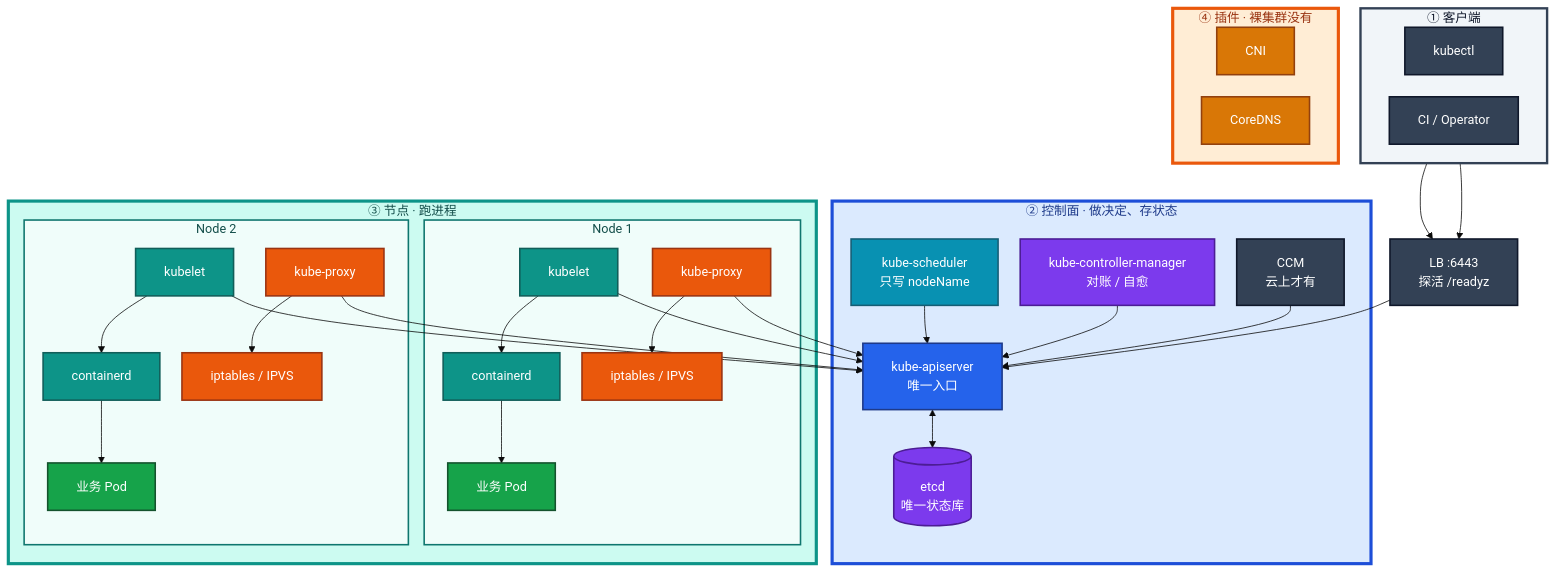
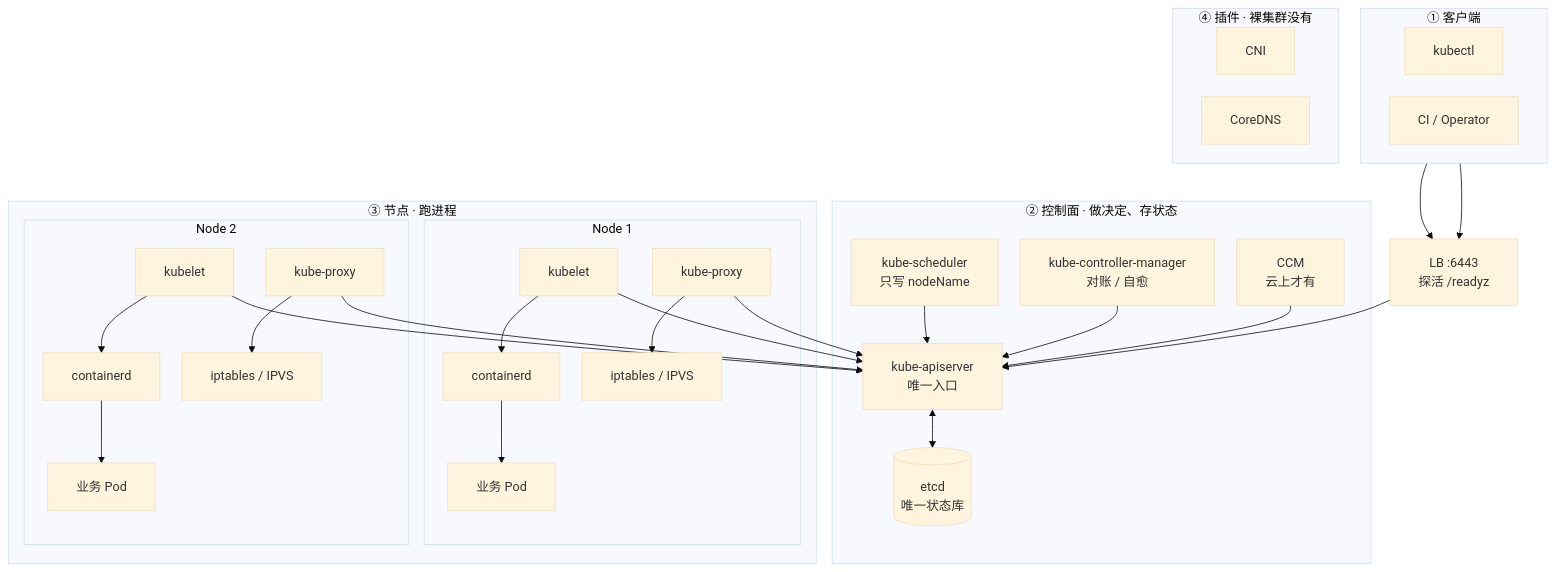
Before and after one commit to ml-cuizijun/LearnToLilith: the second of 7 diagrams in 04-Kubernetes/01-集群架构/知识点.md, drawn with Mermaid. The commit also changed other lines of this file and 107 other files, not shown here.

````diff
--- a/04-Kubernetes/01-集群架构/知识点.md
+++ b/04-Kubernetes/01-集群架构/知识点.md
@@ -93,75 +95,48 @@
 ```mermaid
 %%{init: {"flowchart": {"padding": 18, "nodeSpacing": 28, "rankSpacing": 48}, "theme": "base"}}%%
 flowchart TB
     subgraph clients ["① 客户端"]
         direction LR
         kubectl[kubectl]
         ci[CI / Operator]
     end
 
     lb["LB :6443<br/>探活 /readyz"]
 
     subgraph cp ["② 控制面 · 做决定、存状态"]
         sch["kube-scheduler<br/>只写 nodeName"]
         api["kube-apiserver<br/>唯一入口"]
         cm["kube-controller-manager<br/>对账 / 自愈"]
         etcd[("etcd<br/>唯一状态库")]
         ccm["CCM<br/>云上才有"]
         sch --> api
         cm --> api
         ccm --> api
         api <--> etcd
     end
 
     subgraph nodes ["③ 节点 · 跑进程"]
         subgraph n1 ["Node 1"]
             kl1[kubelet] --> cri1[containerd] --> pod1[业务 Pod]
             kp1[kube-proxy] --> fw1[iptables / IPVS]
         end
         subgraph n2 ["Node 2"]
             kl2[kubelet] --> cri2[containerd] --> pod2[业务 Pod]
             kp2[kube-proxy] --> fw2[iptables / IPVS]
         end
     end
 
     subgraph addons ["④ 插件 · 裸集群没有"]
         direction LR
         cni[CNI]
         dns[CoreDNS]
     end
 
     kubectl --> lb
     ci --> lb
     lb --> api
     kl1 --> api
     kl2 --> api
     kp1 --> api
     kp2 --> api
-
-    classDef client fill:#334155,stroke:#0F172A,stroke-width:2px,color:#fff
-    classDef api fill:#2563EB,stroke:#1E3A8A,stroke-width:2px,color:#fff
-    classDef etcd fill:#7C3AED,stroke:#4C1D95,stroke-width:2px,color:#fff
-    classDef sch fill:#0891B2,stroke:#155E75,stroke-width:2px,color:#fff
-    classDef cm fill:#7C3AED,stroke:#4C1D95,stroke-width:2px,color:#fff
-    classDef node fill:#0D9488,stroke:#115E59,stroke-width:2px,color:#fff
-    classDef pod fill:#16A34A,stroke:#14532D,stroke-width:2px,color:#fff
-    classDef net fill:#EA580C,stroke:#9A3412,stroke-width:2px,color:#fff
-    classDef addon fill:#D97706,stroke:#92400E,stroke-width:2px,color:#fff
-
-    class kubectl,ci,lb,ccm client
-    class api api
-    class etcd etcd
-    class sch sch
-    class cm cm
-    class kl1,cri1,kl2,cri2 node
-    class pod1,pod2 pod
-    class kp1,fw1,kp2,fw2 net
-    class cni,dns addon
-
-    style clients fill:#F1F5F9,stroke:#334155,stroke-width:3px,color:#0F172A
-    style cp fill:#DBEAFE,stroke:#1D4ED8,stroke-width:4px,color:#1E3A8A
-    style nodes fill:#CCFBF1,stroke:#0D9488,stroke-width:4px,color:#134E4A
-    style n1 fill:#F0FDFA,stroke:#0F766E,stroke-width:2px,color:#134E4A
-    style n2 fill:#F0FDFA,stroke:#0F766E,stroke-width:2px,color:#134E4A
-    style addons fill:#FFEDD5,stroke:#EA580C,stroke-width:4px,color:#9A3412
 ```
````
